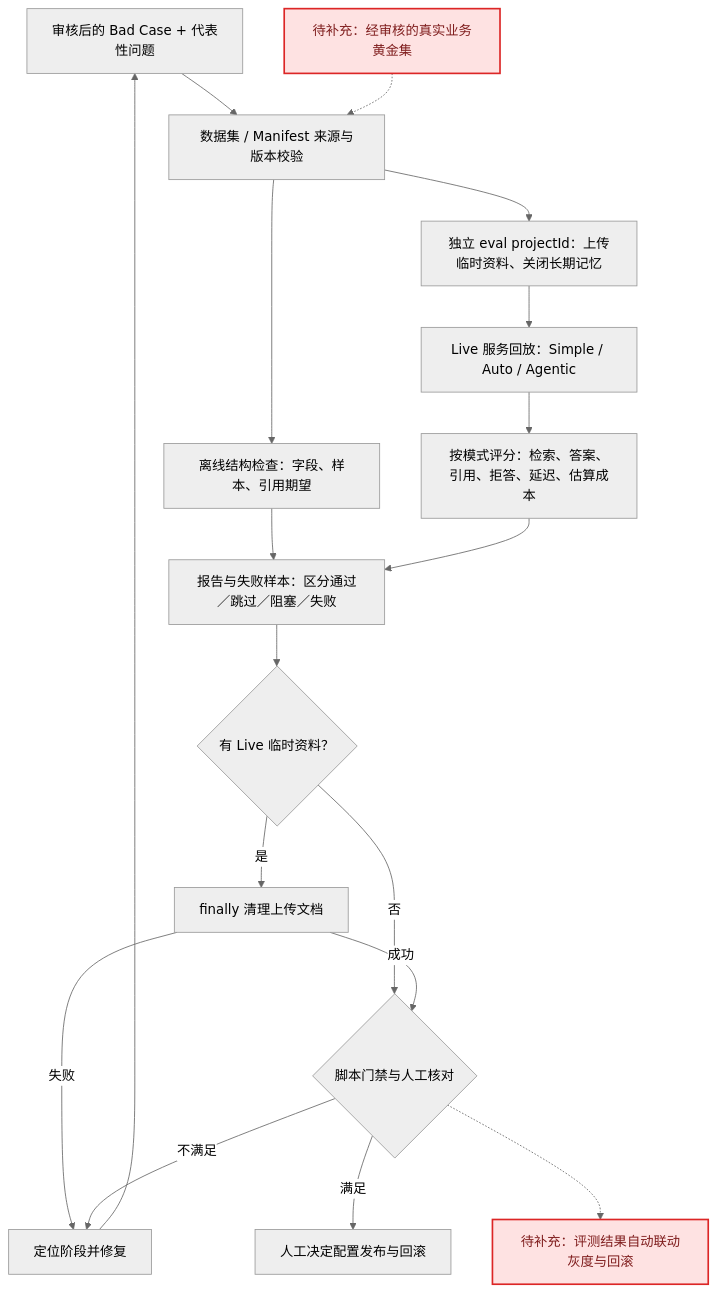
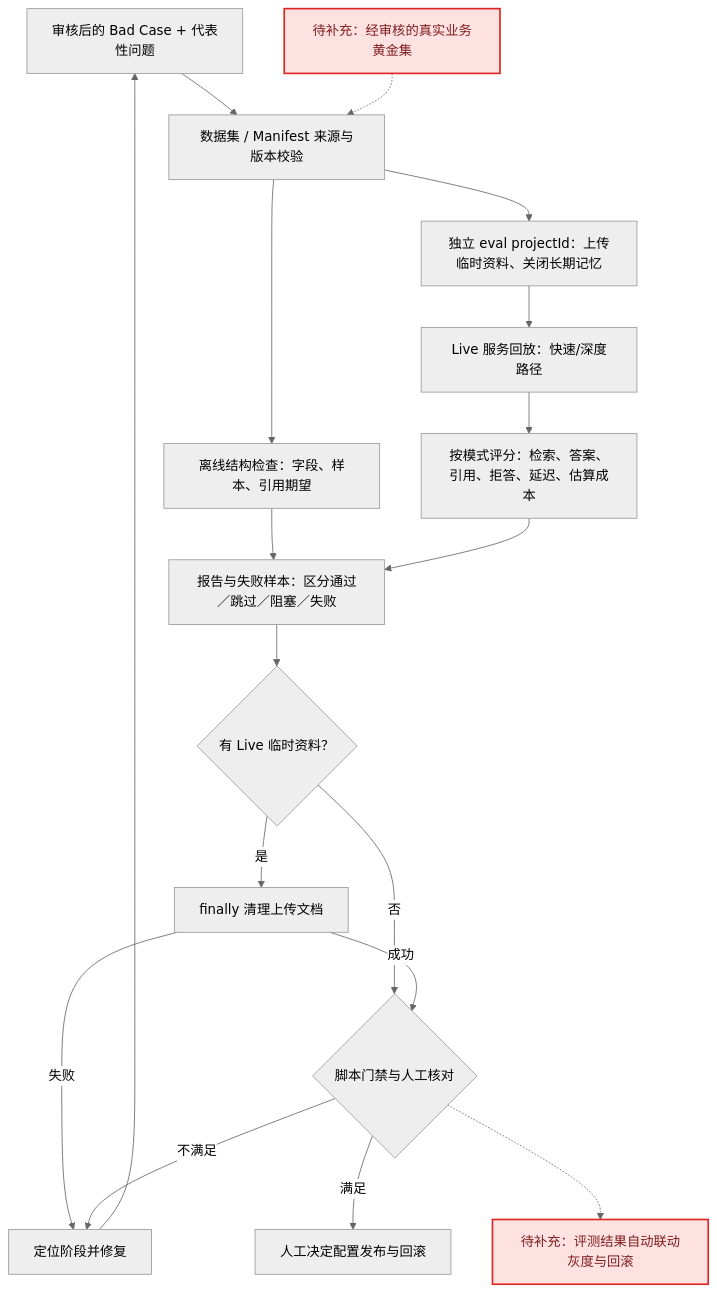
Before and after one commit to monstereatai/RAG: diagram 11 of 15 in docs/interview/功能步骤流程.md, drawn with Mermaid (neutral theme). The commit also changed other lines of this file and 1983 other files, not shown here.

````diff
--- a/docs/interview/功能步骤流程.md
+++ b/docs/interview/功能步骤流程.md
@@ -409,22 +405,22 @@
 ```mermaid
 flowchart TB
   Feedback[审核后的 Bad Case + 代表性问题] --> Dataset[数据集 / Manifest 来源与版本校验]
   Dataset --> Offline[离线结构检查：字段、样本、引用期望]
   Dataset --> Scope[独立 eval projectId：上传临时资料、关闭长期记忆]
-  Scope --> Live[Live 服务回放：Simple / Auto / Agentic]
+  Scope --> Live[Live 服务回放：快速/深度路径]
   Live --> Score[按模式评分：检索、答案、引用、拒答、延迟、估算成本]
   Offline --> Report[报告与失败样本：区分通过／跳过／阻塞／失败]
   Score --> Report
   Report --> Cleanup{有 Live 临时资料？}
   Cleanup -->|否| Gate{脚本门禁与人工核对}
   Cleanup -->|是| Delete[finally 清理上传文档]
   Delete -->|成功| Gate
   Delete -->|失败| Fix[定位阶段并修复]
   Gate -->|不满足| Fix
   Fix --> Feedback
   Gate -->|满足| Manual[人工决定配置发布与回滚]
   Gold[待补充：经审核的真实业务黄金集] -.-> Dataset
   Gate -.-> Auto[待补充：评测结果自动联动灰度与回滚]
   classDef pending fill:#fee2e2,stroke:#dc2626,color:#7f1d1d,stroke-width:2px
   class Gold,Auto pending
 ```
````
